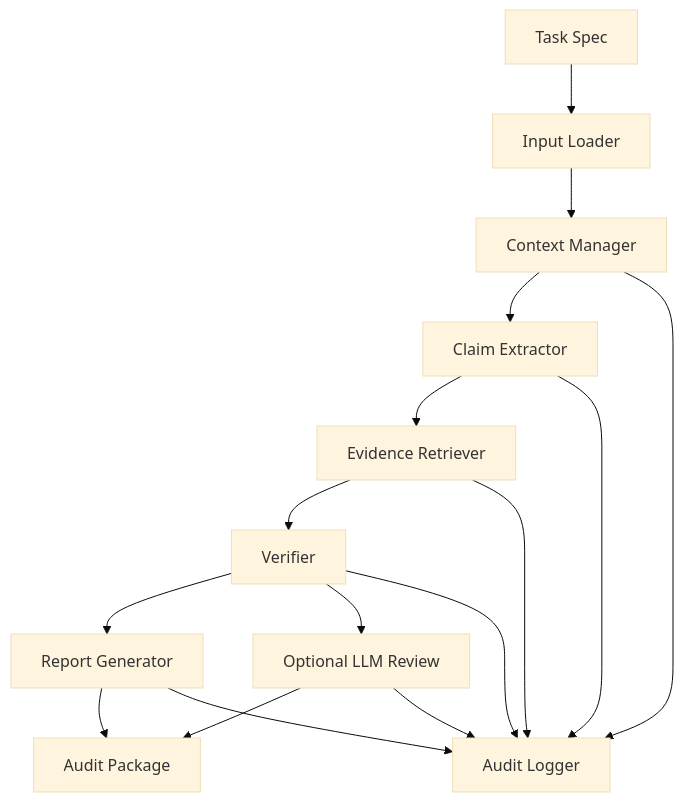
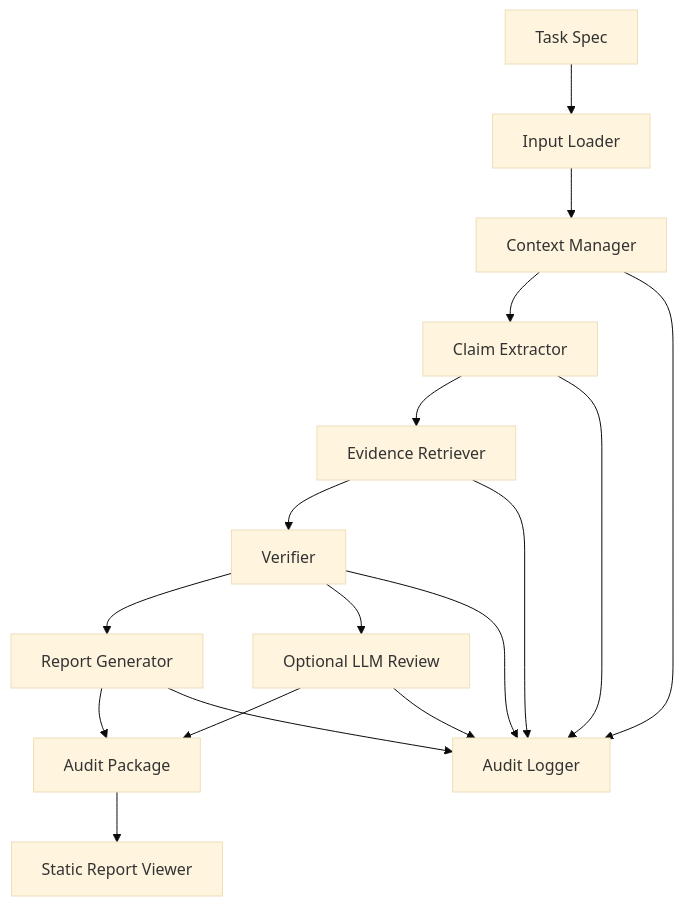
Before and after one commit to RubyYii/ClaimHarness: the diagram in docs/architecture.md, drawn with Mermaid (base theme). The commit also changed other lines of this file and 6 other files, not shown here.

Commit message:
Add static report viewer

````diff
--- a/docs/architecture.md
+++ b/docs/architecture.md
@@ -7,18 +7,19 @@
 ```mermaid
 flowchart TD
     A["Task Spec"] --> B["Input Loader"]
     B --> C["Context Manager"]
     C --> D["Claim Extractor"]
     D --> E["Evidence Retriever"]
     E --> F["Verifier"]
     F --> G["Report Generator"]
     G --> H["Audit Package"]
     F --> J["Optional LLM Review"]
     J --> H
+    H --> K["Static Report Viewer"]
     C --> I["Audit Logger"]
     D --> I
     E --> I
     F --> I
     G --> I
     J --> I
 ```
````
